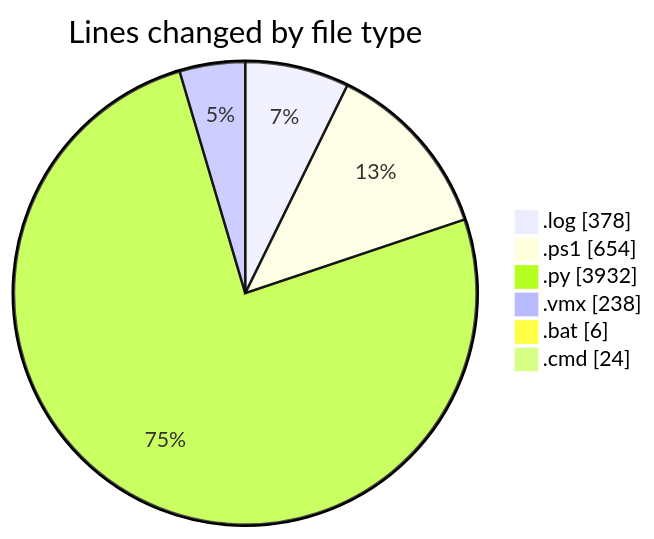
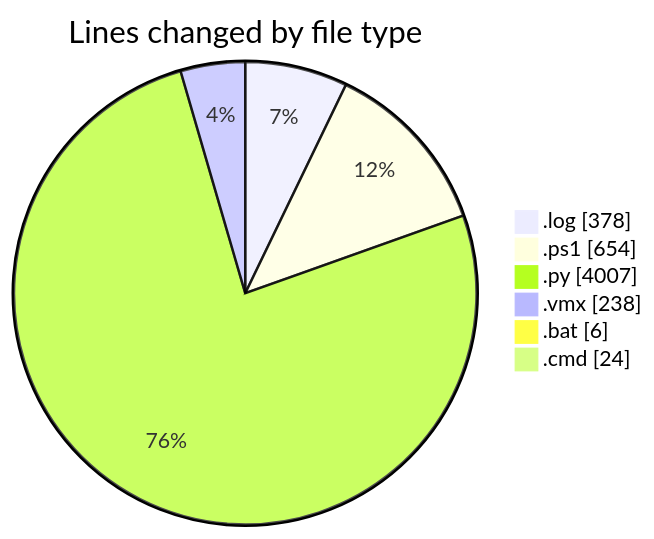
The first of 2 diagrams in 2026-07-08/twenty_versions_aminor/README.md (shibass792/code-tracking), drawn with Mermaid before and after one commit. The commit also changed other lines of this file and 1 other file, not shown here.

````diff
--- a/2026-07-08/twenty_versions_aminor/README.md
+++ b/2026-07-08/twenty_versions_aminor/README.md
@@ -44,10 +46,10 @@
 ```mermaid
 pie showData
 title Lines changed by file type
 ".log" : 378
 ".ps1" : 654
-".py" : 3932
+".py" : 4007
 ".vmx" : 238
 ".bat" : 6
 ".cmd" : 24
 ```
````
